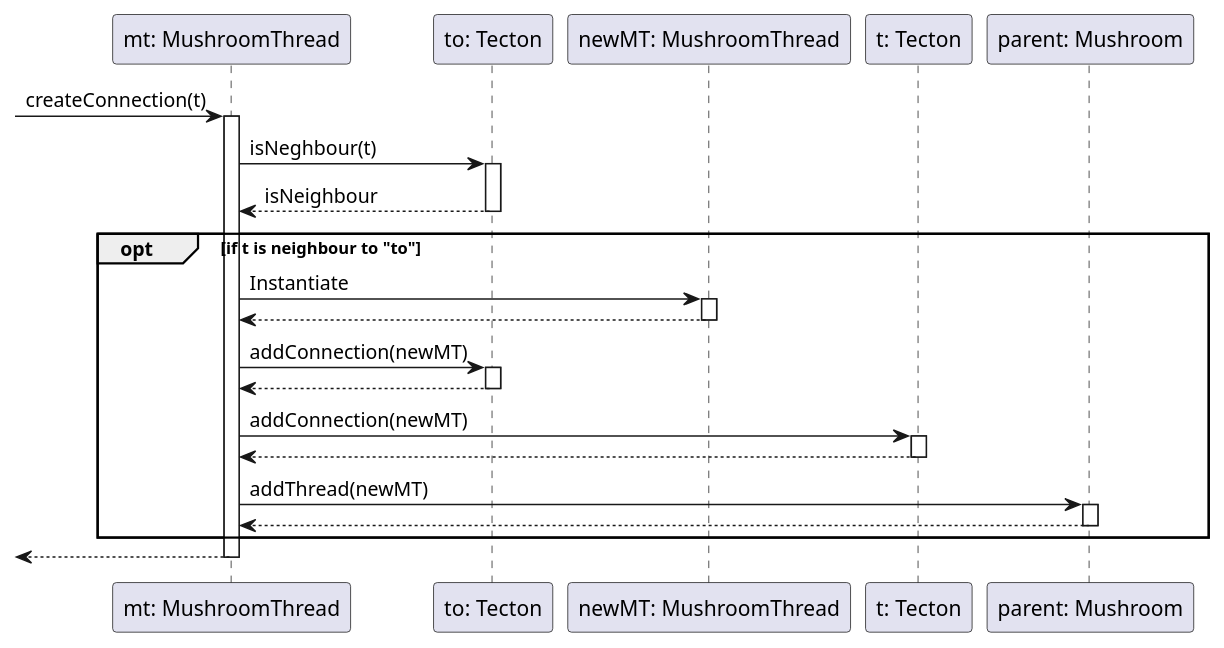
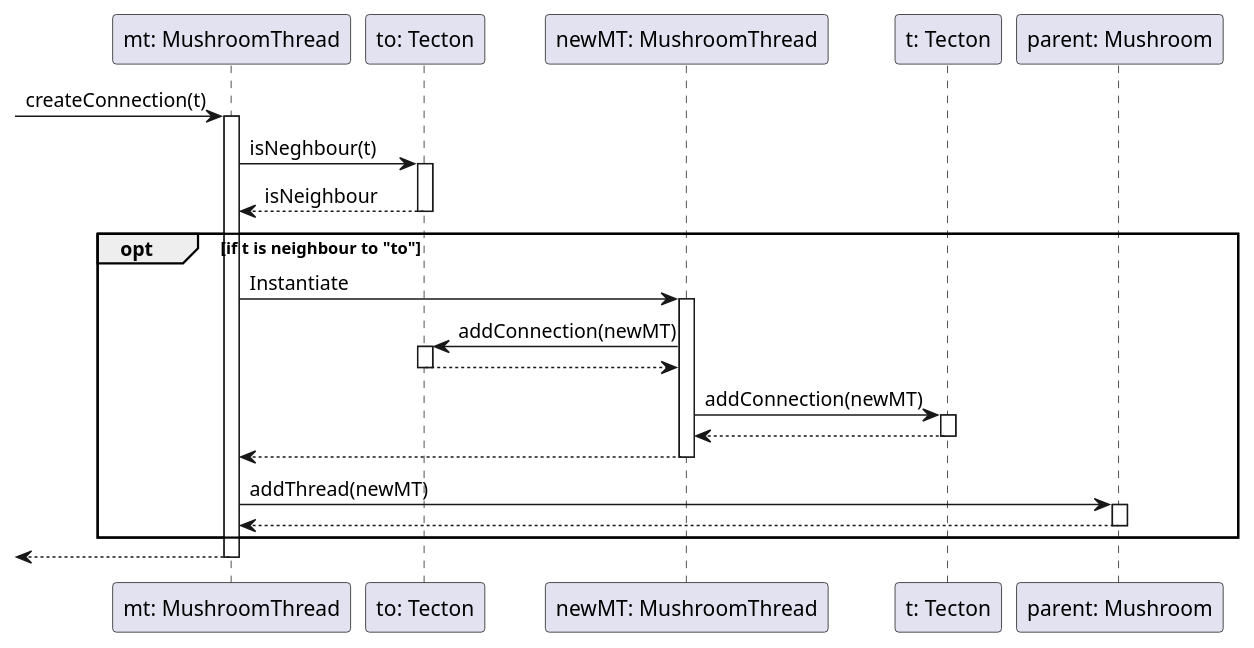
The diagram in diagrams/sequence/mushroom/mushroom_thread/createConnection.wsd (dzsem/projlab), drawn with PlantUML before and after one commit.

Commit message:
Fixed KARÁCSONYFA in createConnection.wsd

```diff
--- a/diagrams/sequence/mushroom/mushroom_thread/createConnection.wsd
+++ b/diagrams/sequence/mushroom/mushroom_thread/createConnection.wsd
@@ -1,42 +1,43 @@
 @startuml Create Connection
 participant "mt: MushroomThread" as mt
 participant "to: Tecton" as to
 participant "newMT: MushroomThread" as newMT 
 participant "t: Tecton" as t
 participant "parent: Mushroom" as parent
 
 -> mt : createConnection(t)
 activate mt
 
 mt -> to : isNeghbour(t) 
 activate to
 to --> mt : isNeighbour
 deactivate to
 
     opt if t is neighbour to "to"
         mt -> newMT : Instantiate
         activate newMT
+
+        newMT -> to: addConnection(newMT)
+        activate to
+        to --> newMT
+        deactivate to
+
+        newMT -> t : addConnection(newMT)
+        activate t
+        t --> newMT
+        deactivate t
+
         newMT --> mt
         deactivate newMT
-
-        mt -> to: addConnection(newMT)
-        activate to
-        to --> mt
-        deactivate to
-
-        mt -> t : addConnection(newMT)
-        activate t
-        t --> mt
-        deactivate t
 
         mt -> parent: addThread(newMT)
         activate parent
         parent --> mt
         deactivate parent
 
     end
 
 <-- mt
 deactivate mt
 
 @enduml
```
